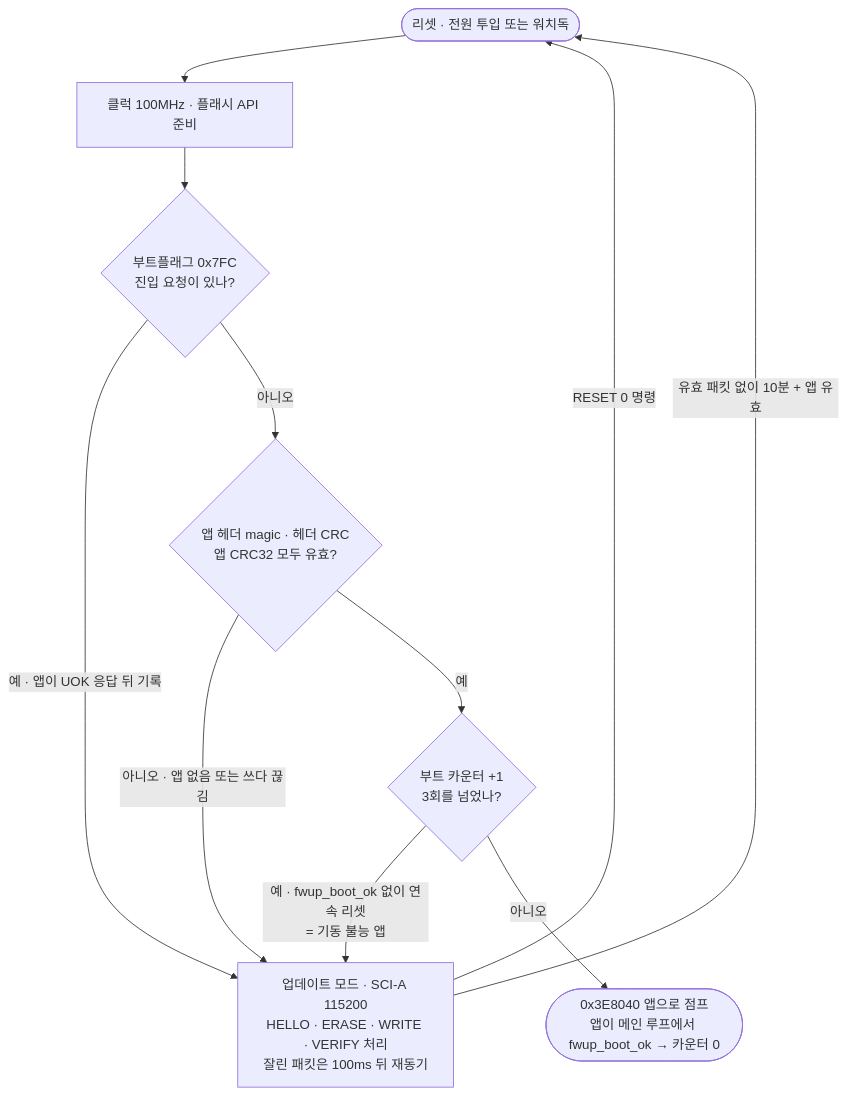
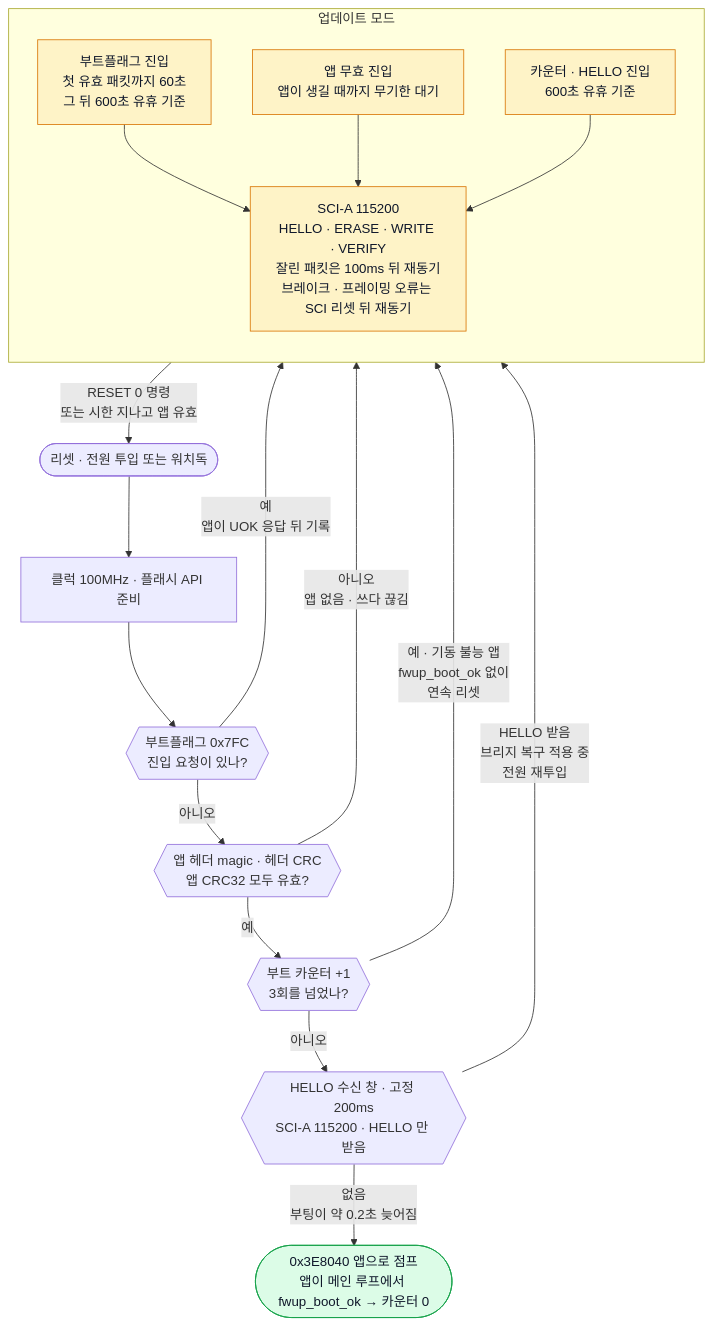
Before and after one commit to Leepy0/AGV_FOTA_GATEWAY: the diagram in docs/diagrams/bootloader-boot.mmd, drawn with Mermaid. The commit also changed 34 other files, not shown here.

```diff
--- a/docs/diagrams/bootloader-boot.mmd
+++ b/docs/diagrams/bootloader-boot.mmd
@@ -1,12 +1,26 @@
 flowchart TD
   RST(["리셋 · 전원 투입 또는 워치독"]) --> INIT["클럭 100MHz · 플래시 API 준비"]
-  INIT --> FLAG{"부트플래그 0x7FC<br/>진입 요청이 있나?"}
-  FLAG -- "예 · 앱이 UOK 응답 뒤 기록" --> UPD
-  FLAG -- 아니오 --> CHK{"앱 헤더 magic · 헤더 CRC<br/>앱 CRC32 모두 유효?"}
-  CHK -- "아니오 · 앱 없음 또는 쓰다 끊김" --> UPD
-  CHK -- 예 --> CNT{"부트 카운터 +1<br/>3회를 넘었나?"}
-  CNT -- "예 · fwup_boot_ok 없이 연속 리셋<br/>= 기동 불능 앱" --> UPD
-  CNT -- 아니오 --> JMP(["0x3E8040 앱으로 점프<br/>앱이 메인 루프에서 fwup_boot_ok → 카운터 0"])
-  UPD["업데이트 모드 · SCI-A 115200<br/>HELLO · ERASE · WRITE · VERIFY 처리<br/>잘린 패킷은 100ms 뒤 재동기"]
-  UPD -- "RESET 0 명령" --> RST
-  UPD -- "유효 패킷 없이 10분 + 앱 유효" --> RST
+  INIT --> FLAG{{"부트플래그 0x7FC<br/>진입 요청이 있나?"}}
+  FLAG -- "예<br/>앱이 UOK 응답 뒤 기록" --> U1
+  FLAG -- 아니오 --> CHK{{"앱 헤더 magic · 헤더 CRC<br/>앱 CRC32 모두 유효?"}}
+  CHK -- "아니오<br/>앱 없음 · 쓰다 끊김" --> U2
+  CHK -- 예 --> CNT{{"부트 카운터 +1<br/>3회를 넘었나?"}}
+  CNT -- "예 · 기동 불능 앱<br/>fwup_boot_ok 없이<br/>연속 리셋" --> U3
+  CNT -- 아니오 --> HW{{"HELLO 수신 창 · 고정 200ms<br/>SCI-A 115200 · HELLO 만 받음"}}
+  HW -- "HELLO 받음<br/>브리지 복구 적용 중<br/>전원 재투입" --> U3
+  HW -- "없음<br/>부팅이 약 0.2초 늦어짐" --> JMP(["0x3E8040 앱으로 점프<br/>앱이 메인 루프에서 fwup_boot_ok → 카운터 0"])
+  subgraph UPD["업데이트 모드"]
+    direction TB
+    U1["부트플래그 진입<br/>첫 유효 패킷까지 60초<br/>그 뒤 600초 유휴 기준"]
+    U2["앱 무효 진입<br/>앱이 생길 때까지 무기한 대기"]
+    U3["카운터 · HELLO 진입<br/>600초 유휴 기준"]
+    P["SCI-A 115200<br/>HELLO · ERASE · WRITE · VERIFY<br/>잘린 패킷은 100ms 뒤 재동기<br/>브레이크 · 프레이밍 오류는 SCI 리셋 뒤 재동기"]
+    U1 --> P
+    U2 --> P
+    U3 --> P
+  end
+  P -- "RESET 0 명령<br/>또는 시한 지나고 앱 유효" --> RST
+  classDef upd fill:#fef3c7,stroke:#d97706,color:#0f172a
+  classDef ok fill:#dcfce7,stroke:#16a34a,color:#0f172a
+  class U1,U2,U3,P upd
+  class JMP ok
```
